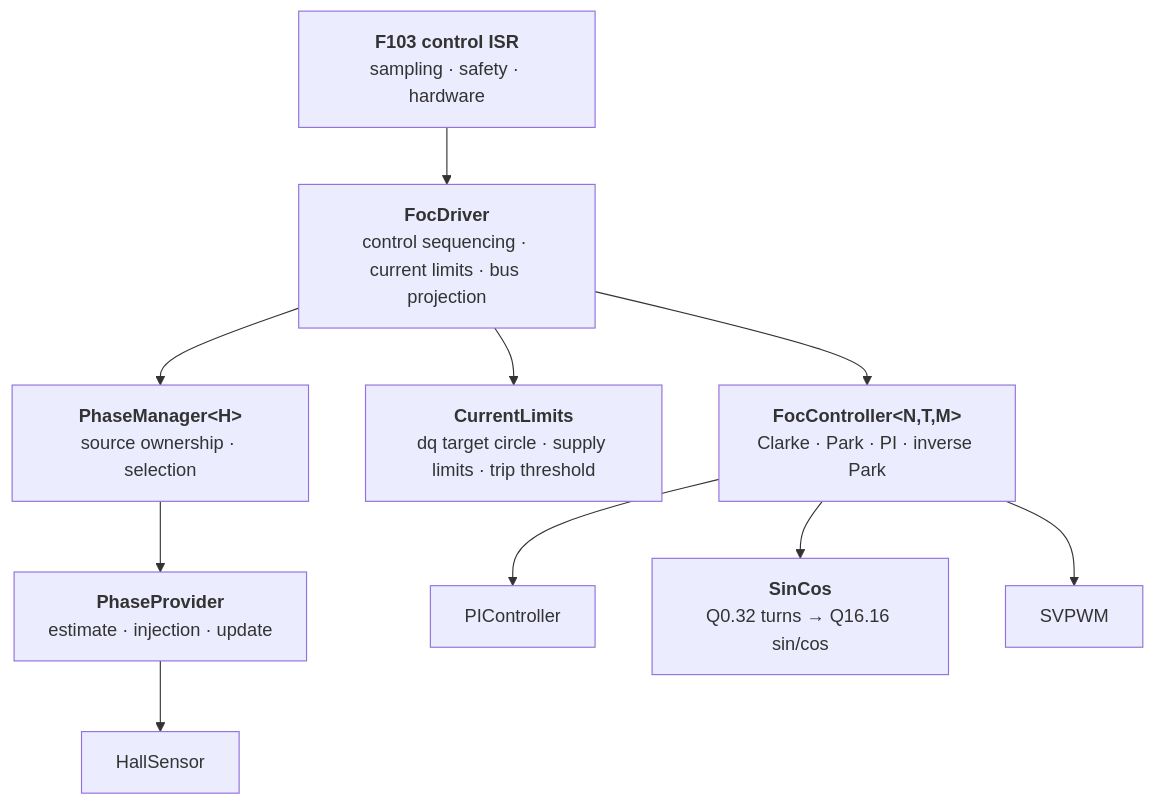
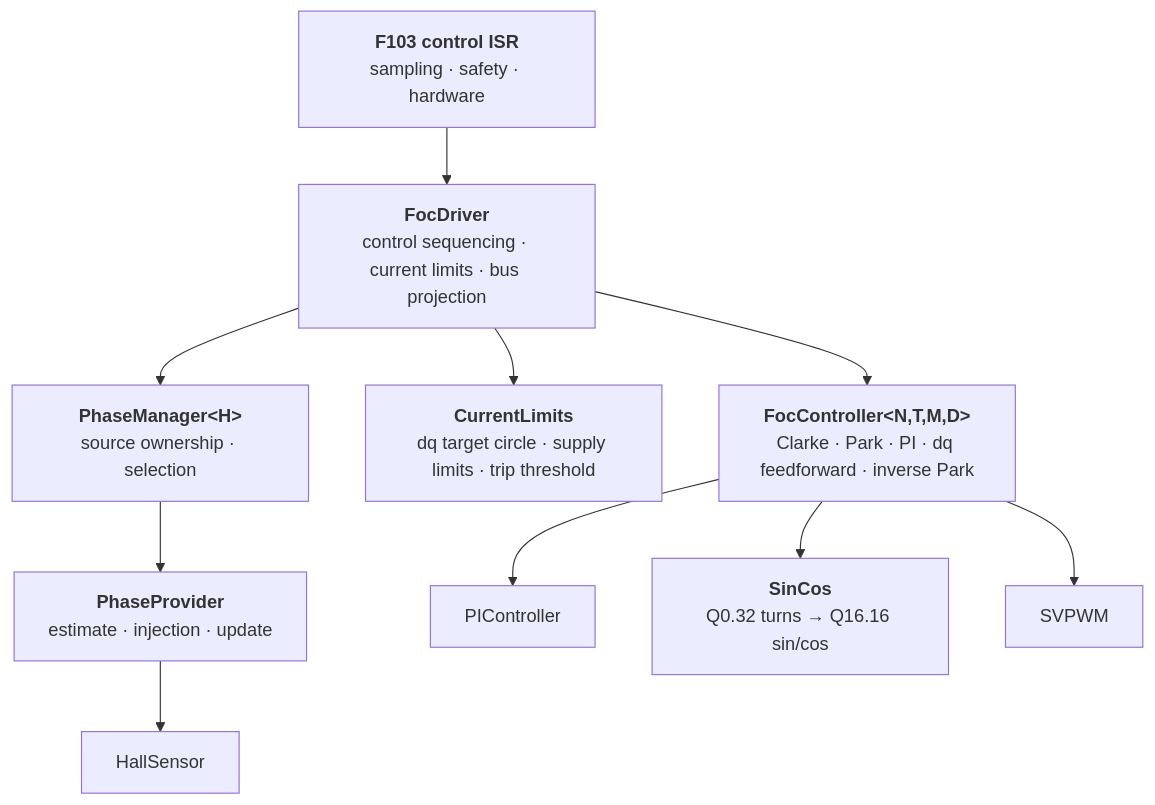
Before and after one commit to reverse-bike/micro-oxifoc: the first of 2 diagrams in README.md, drawn with Mermaid. The commit also changed other lines of this file and 7 other files, not shown here.

````diff
--- a/README.md
+++ b/README.md
@@ -42,13 +42,13 @@
 ```mermaid
 graph TD
     ISR["<b>F103 control ISR</b><br/>sampling · safety · hardware"] --> FocDriver
     FocDriver["<b>FocDriver</b><br/>control sequencing · current limits · bus projection"] --> PhaseManager
     FocDriver --> CurrentLimits
     FocDriver --> FocController
     PhaseManager["<b>PhaseManager&lt;H&gt;</b><br/>source ownership · selection"] --> PhaseProvider
     PhaseProvider["<b>PhaseProvider</b><br/>estimate · injection · update"] --> HallSensor
     CurrentLimits["<b>CurrentLimits</b><br/>dq target circle · supply limits · trip threshold"]
-    FocController["<b>FocController&lt;N,T,M&gt;</b><br/>Clarke · Park · PI · inverse Park"] --> PIController
+    FocController["<b>FocController&lt;N,T,M,D&gt;</b><br/>Clarke · Park · PI · dq feedforward · inverse Park"] --> PIController
     FocController --> SinCos["<b>SinCos</b><br/>Q0.32 turns → Q16.16 sin/cos"]
     FocController --> SVPWM
 ```
````
